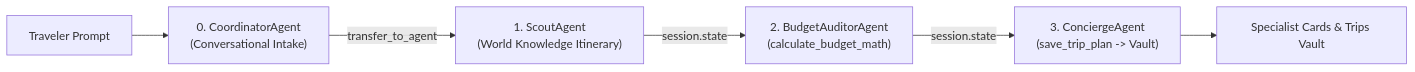
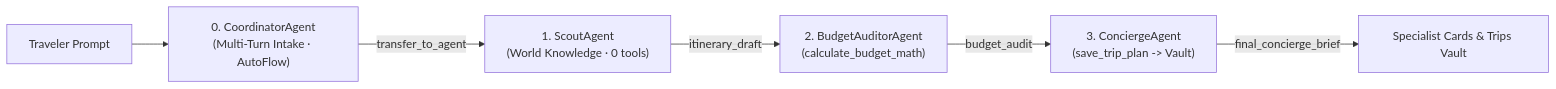
The diagram in README.md (jggomez/flutter-ia-examples), drawn with Mermaid before and after one commit. The commit also changed other lines of this file and 1 other file, not shown here.

Commit message:
docs(adk_pocket_squad): streamline README and highlight MAS architecture diagram

````diff
--- a/README.md
+++ b/README.md
@@ -125,8 +121,8 @@
 ```mermaid
 flowchart LR
-    User["Traveler Prompt"] --> Coord["0. CoordinatorAgent\n(Conversational Intake)"]
-    Coord -->|"transfer_to_agent"| Scout["1. ScoutAgent\n(World Knowledge Itinerary)"]
-    Scout -->|"session.state"| Auditor["2. BudgetAuditorAgent\n(calculate_budget_math)"]
-    Auditor -->|"session.state"| Concierge["3. ConciergeAgent\n(save_trip_plan -> Vault)"]
-    Concierge --> UI["Specialist Cards & Trips Vault"]
+    User["Traveler Prompt"] --> Coord["0. CoordinatorAgent\n(Multi-Turn Intake · AutoFlow)"]
+    Coord -->|"transfer_to_agent"| Scout["1. ScoutAgent\n(World Knowledge · 0 tools)"]
+    Scout -->|"itinerary_draft"| Auditor["2. BudgetAuditorAgent\n(calculate_budget_math)"]
+    Auditor -->|"budget_audit"| Concierge["3. ConciergeAgent\n(save_trip_plan -> Vault)"]
+    Concierge -->|"final_concierge_brief"| UI["Specialist Cards & Trips Vault"]
 ```
````
